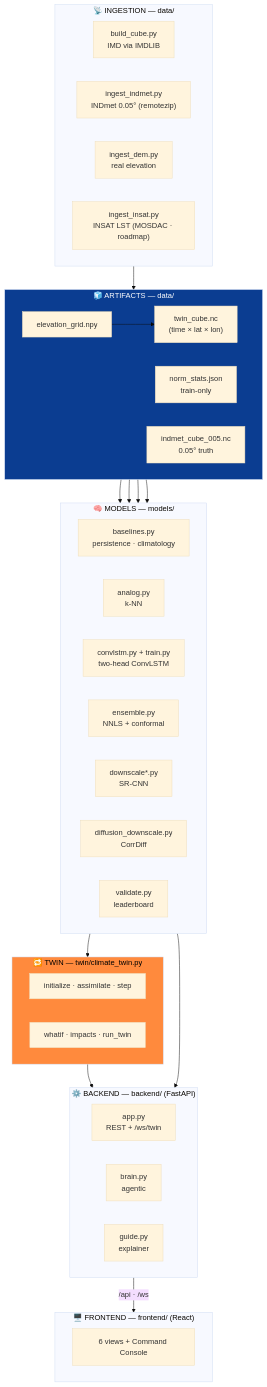
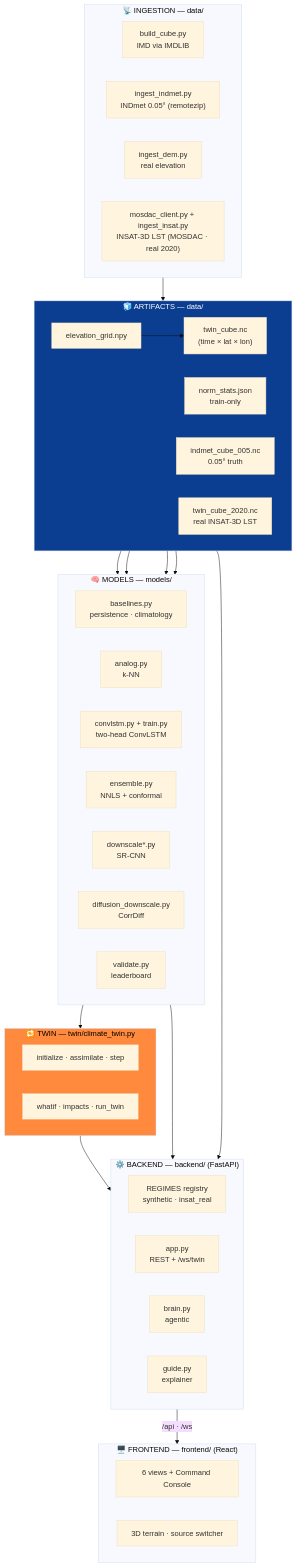
One commit to ayushap18/climatwin-india changed the first of 5 diagrams in docs/architecture.md. Above: the diagram before and after it, drawn with Mermaid (base theme). The commit also changed other lines of this file and 9 other files, not shown here.

First line of the commit message:
docs: document the INSAT-3D/MOSDAC real-data regime, 3D terrain, and source-aware twin

````diff
--- a/docs/architecture.md
+++ b/docs/architecture.md
@@ -11,61 +11,65 @@
 ```mermaid
 flowchart TB
     subgraph ING["📡 INGESTION — data/"]
         direction LR
         I1["build_cube.py<br/>IMD via IMDLIB"]
         I2["ingest_indmet.py<br/>INDmet 0.05° (remotezip)"]
         I3["ingest_dem.py<br/>real elevation"]
-        I4["ingest_insat.py<br/>INSAT LST (MOSDAC · roadmap)"]
+        I4["mosdac_client.py + ingest_insat.py<br/>INSAT-3D LST (MOSDAC · real 2020)"]
     end
 
     subgraph ART["🧊 ARTIFACTS — data/"]
         direction LR
         A1["twin_cube.nc<br/>(time × lat × lon)"]
         A2["norm_stats.json<br/>train-only"]
         A3["indmet_cube_005.nc<br/>0.05° truth"]
         A4["elevation_grid.npy"]
+        A5["twin_cube_2020.nc<br/>real INSAT-3D LST"]
     end
 
     subgraph MOD["🧠 MODELS — models/"]
         direction LR
         M1["baselines.py<br/>persistence · climatology"]
         M2["analog.py<br/>k-NN"]
         M3["convlstm.py + train.py<br/>two-head ConvLSTM"]
         M4["ensemble.py<br/>NNLS + conformal"]
         M5["downscale*.py<br/>SR-CNN"]
         M6["diffusion_downscale.py<br/>CorrDiff"]
         M7["validate.py<br/>leaderboard"]
     end
 
     subgraph TW["🔁 TWIN — twin/climate_twin.py"]
         direction LR
         TW1["initialize · assimilate · step"]
         TW2["whatif · impacts · run_twin"]
     end
 
     subgraph BE["⚙️ BACKEND — backend/ (FastAPI)"]
         direction LR
+        B0["REGIMES registry<br/>synthetic · insat_real"]
         B1["app.py<br/>REST + /ws/twin"]
         B2["brain.py<br/>agentic"]
         B3["guide.py<br/>explainer"]
     end
 
     subgraph FE["🖥️ FRONTEND — frontend/ (React)"]
         direction LR
         F1["6 views + Command Console"]
+        F2["3D terrain · source switcher"]
     end
 
     ING --> ART
     A1 --> MOD
     A2 --> MOD
     A3 --> M5
     A3 --> M6
     A4 --> A1
+    A5 --> BE
     MOD --> TW
     TW --> BE
     MOD --> BE
     BE -->|/api · /ws| FE
 
     style ART fill:#0b3d91,color:#fff
     style TW fill:#ff8a3d,color:#000
 ```
````
